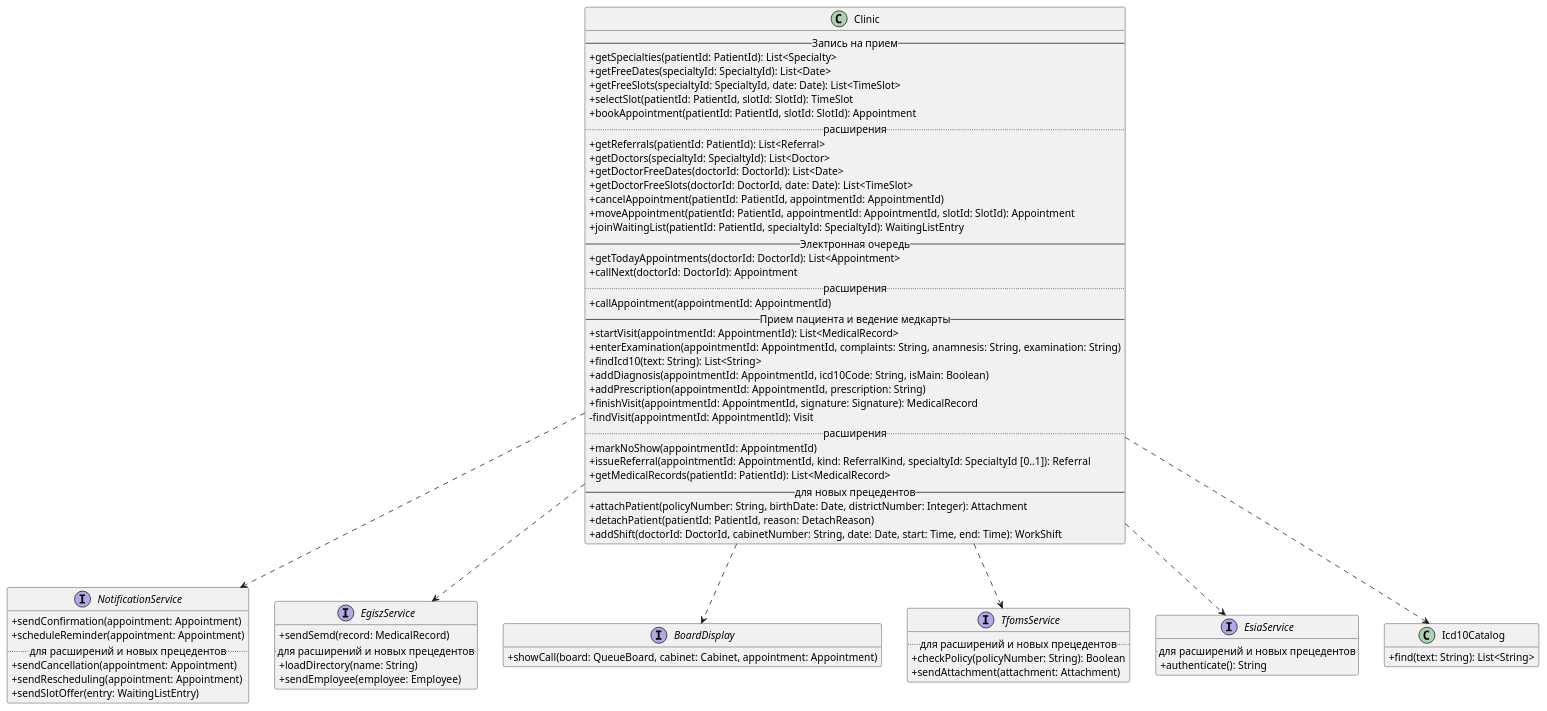
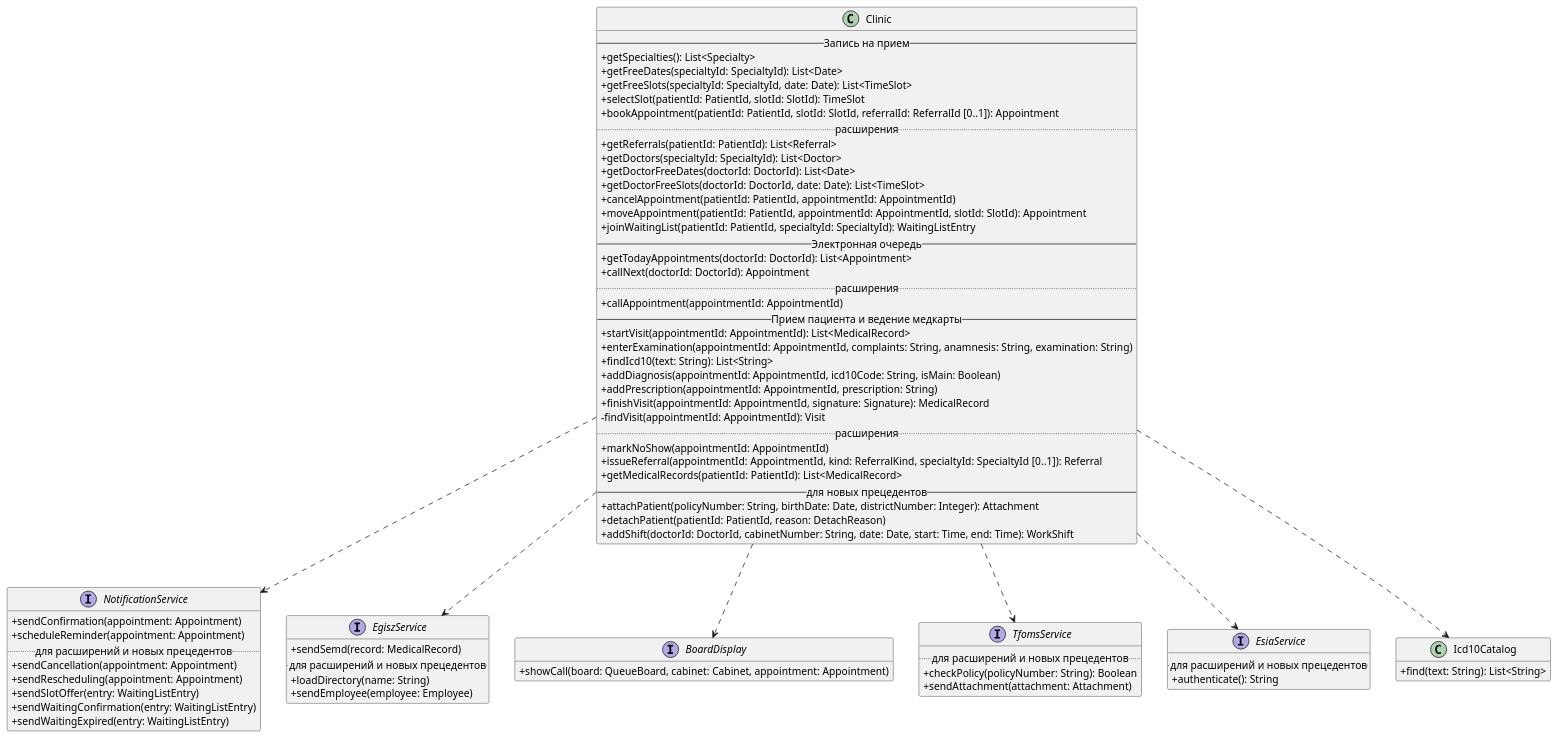
Before and after one commit to penamarth/bsbo-11-24_team3_var3_clinic: the eighth of 8 diagrams in Диаграмма классов.md, drawn with PlantUML. The commit also changed other lines of this file and 3 other files, not shown here.

Commit message:
fix: направление в bookAppointment, getSpec без парам.

```diff
--- a/Диаграмма классов.md
+++ b/Диаграмма классов.md
@@ -516,11 +518,11 @@
 
 class Clinic {
   -- Запись на прием --
-  + getSpecialties(patientId: PatientId): List<Specialty>
+  + getSpecialties(): List<Specialty>
   + getFreeDates(specialtyId: SpecialtyId): List<Date>
   + getFreeSlots(specialtyId: SpecialtyId, date: Date): List<TimeSlot>
   + selectSlot(patientId: PatientId, slotId: SlotId): TimeSlot
-  + bookAppointment(patientId: PatientId, slotId: SlotId): Appointment
+  + bookAppointment(patientId: PatientId, slotId: SlotId, referralId: ReferralId [0..1]): Appointment
   .. расширения ..
   + getReferrals(patientId: PatientId): List<Referral>
   + getDoctors(specialtyId: SpecialtyId): List<Doctor>
@@ -559,6 +561,8 @@
   + sendCancellation(appointment: Appointment)
   + sendRescheduling(appointment: Appointment)
   + sendSlotOffer(entry: WaitingListEntry)
+  + sendWaitingConfirmation(entry: WaitingListEntry)
+  + sendWaitingExpired(entry: WaitingListEntry)
 }
 interface EgiszService {
   + sendSemd(record: MedicalRecord)
```
